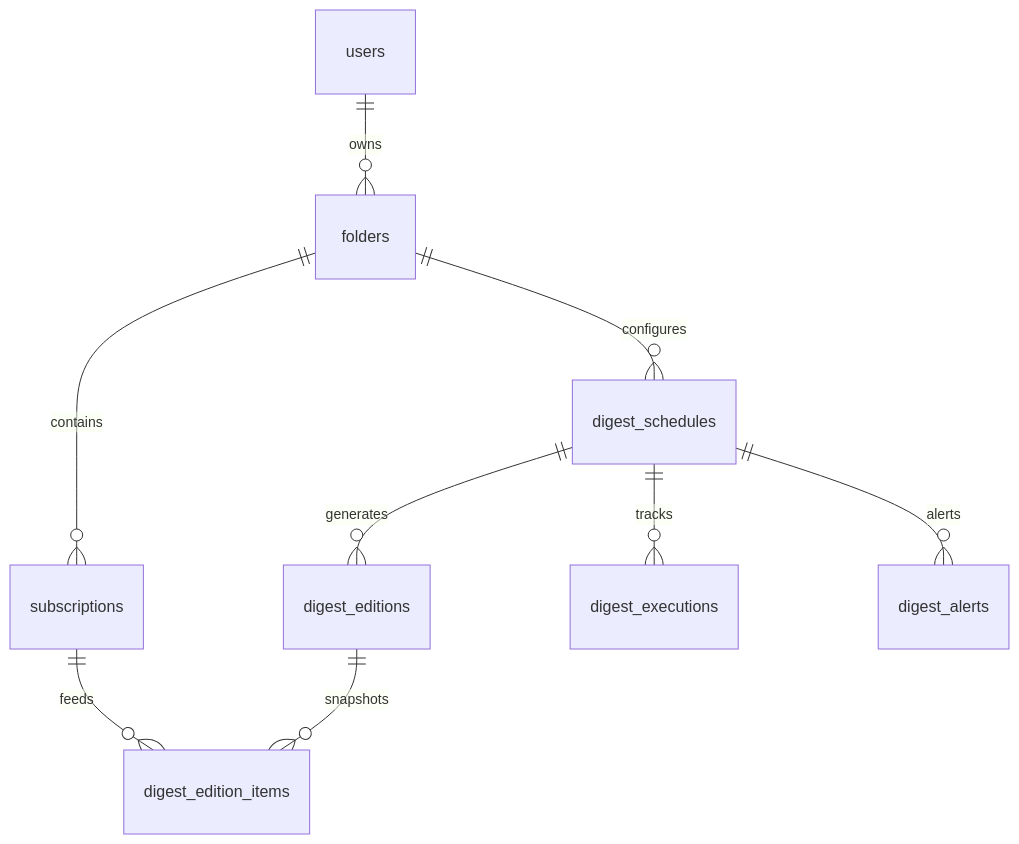
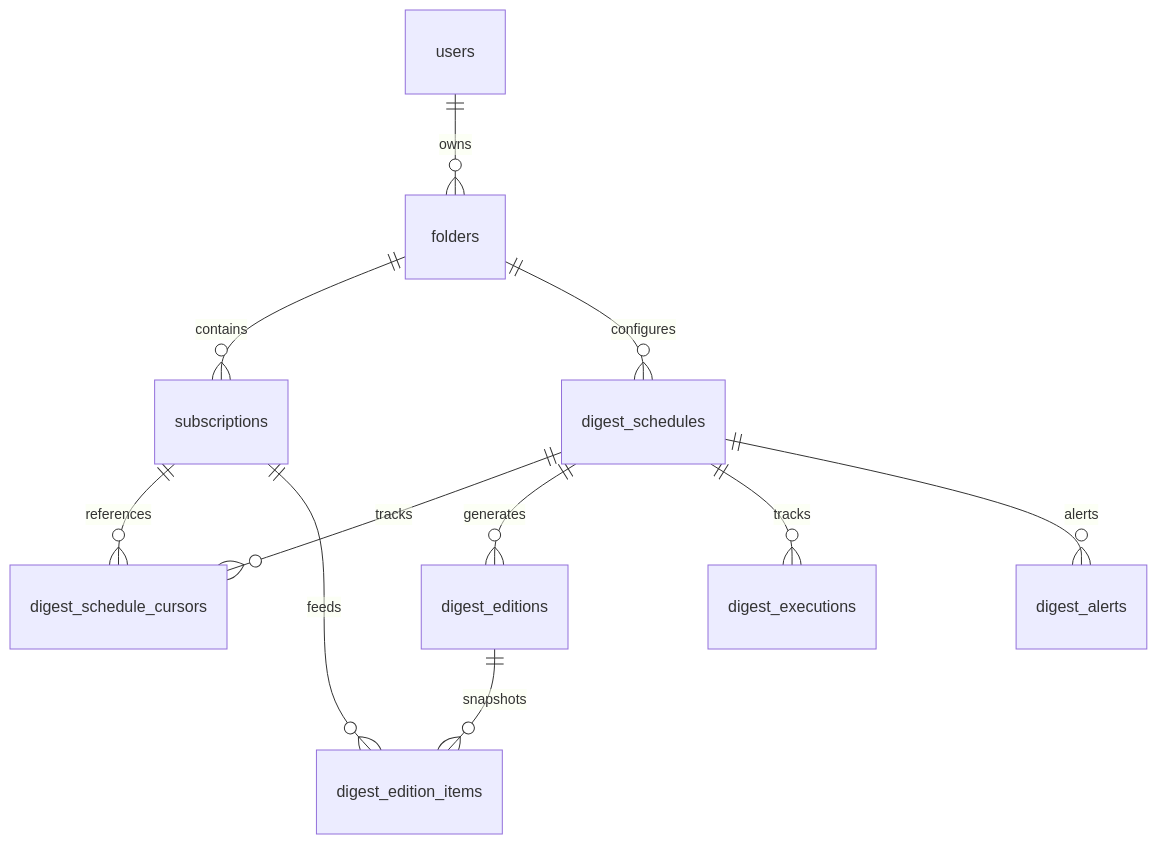
One commit to losoph/unagi-reminder-bot changed the first of 2 diagrams in docs/sprint/queue4-design.md. Above: the diagram before and after it, drawn with Mermaid. The commit also changed other lines of this file and 3 other files, not shown here.

````diff
--- a/docs/sprint/queue4-design.md
+++ b/docs/sprint/queue4-design.md
@@ -57,11 +58,13 @@
 ```mermaid
 erDiagram
     users ||--o{ folders : owns
     folders ||--o{ subscriptions : contains
     folders ||--o{ digest_schedules : configures
+    digest_schedules ||--o{ digest_schedule_cursors : tracks
+    subscriptions ||--o{ digest_schedule_cursors : references
     digest_schedules ||--o{ digest_editions : generates
     digest_editions ||--o{ digest_edition_items : snapshots
     subscriptions ||--o{ digest_edition_items : feeds
     digest_schedules ||--o{ digest_executions : tracks
     digest_schedules ||--o{ digest_alerts : alerts
 ```
````
